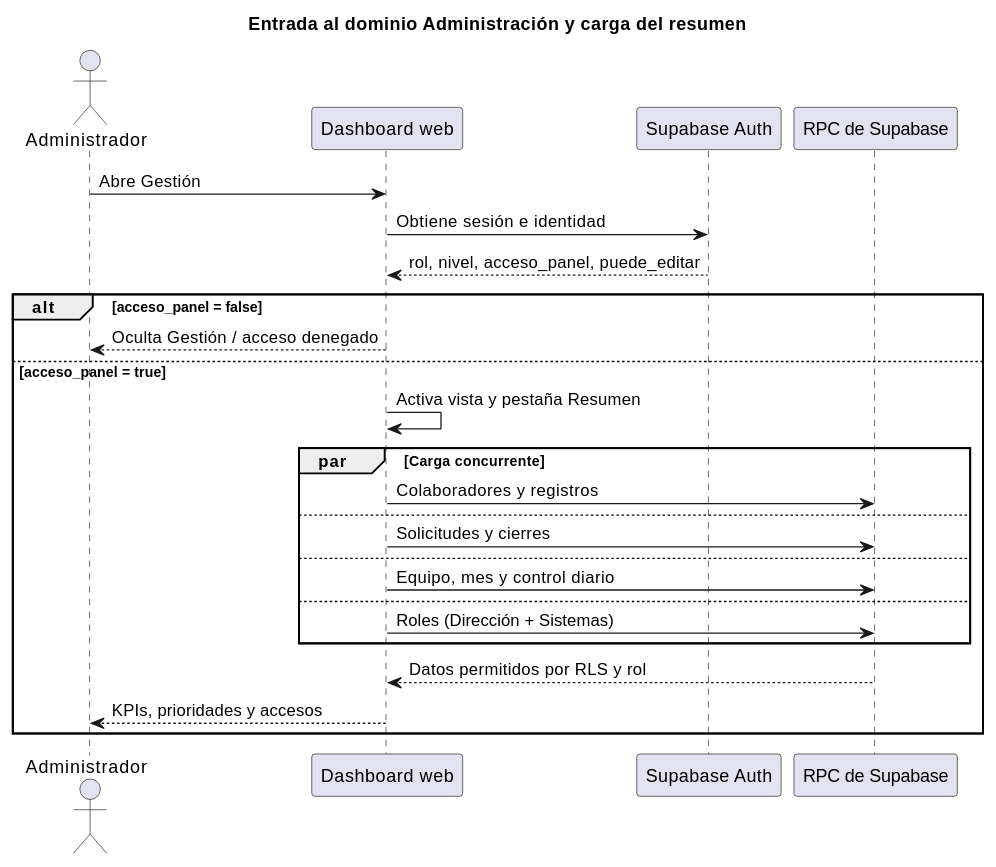
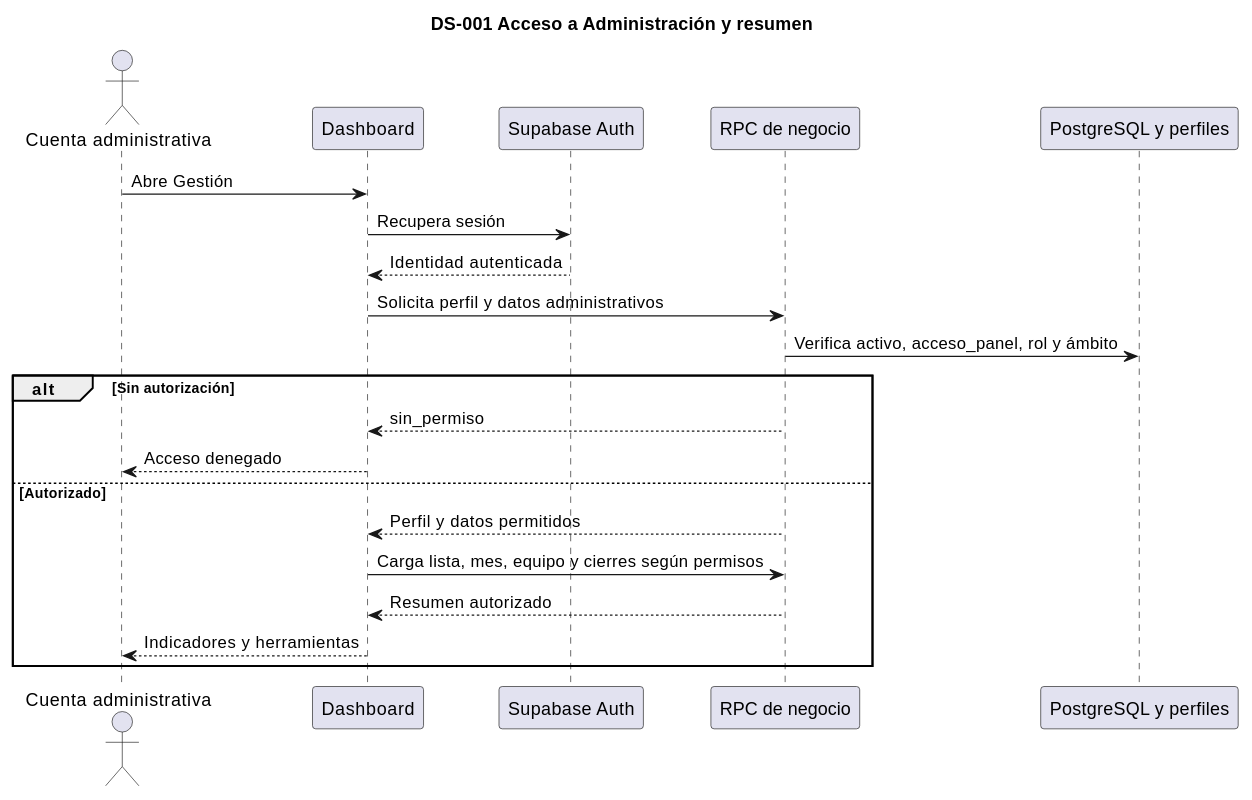
Before and after one commit to kjabienestar-ux/KJA: the first of 22 diagrams in docs/21-diagramas-secuencia-administracion-plantuml.md, drawn with PlantUML. The commit also changed other lines of this file and 4 other files, not shown here.

````diff
--- a/docs/21-diagramas-secuencia-administracion-plantuml.md
+++ b/docs/21-diagramas-secuencia-administracion-plantuml.md
@@ -8,29 +20,24 @@
 ```plantuml
 @startuml
-title Entrada al dominio Administración y carga del resumen
-actor Administrador as Admin
-participant "Dashboard web" as Web
-participant "Supabase Auth" as Auth
-participant "RPC de Supabase" as RPC
-
-Admin -> Web: Abre Gestión
-Web -> Auth: Obtiene sesión e identidad
-Auth --> Web: rol, nivel, acceso_panel, puede_editar
-alt acceso_panel = false
-  Web --> Admin: Oculta Gestión / acceso denegado
-else acceso_panel = true
-  Web -> Web: Activa vista y pestaña Resumen
-  par Carga concurrente
-    Web -> RPC: Colaboradores y registros
-  else
-    Web -> RPC: Solicitudes y cierres
-  else
-    Web -> RPC: Equipo, mes y control diario
-  else
-    Web -> RPC: Roles (Dirección + Sistemas)
-  end
-  RPC --> Web: Datos permitidos por RLS y rol
-  Web --> Admin: KPIs, prioridades y accesos
+title DS-001 Acceso a Administración y resumen
+actor "Cuenta administrativa" as U
+participant "Dashboard" as W
+participant "Supabase Auth" as A
+participant "RPC de negocio" as R
+participant "PostgreSQL y perfiles" as B
+U -> W: Abre Gestión
+W -> A: Recupera sesión
+A --> W: Identidad autenticada
+W -> R: Solicita perfil y datos administrativos
+R -> B: Verifica activo, acceso_panel, rol y ámbito
+alt Sin autorización
+R --> W: sin_permiso
+W --> U: Acceso denegado
+else Autorizado
+R --> W: Perfil y datos permitidos
+W -> R: Carga lista, mes, equipo y cierres según permisos
+R --> W: Resumen autorizado
+W --> U: Indicadores y herramientas
 end
 @enduml
 ```
````
